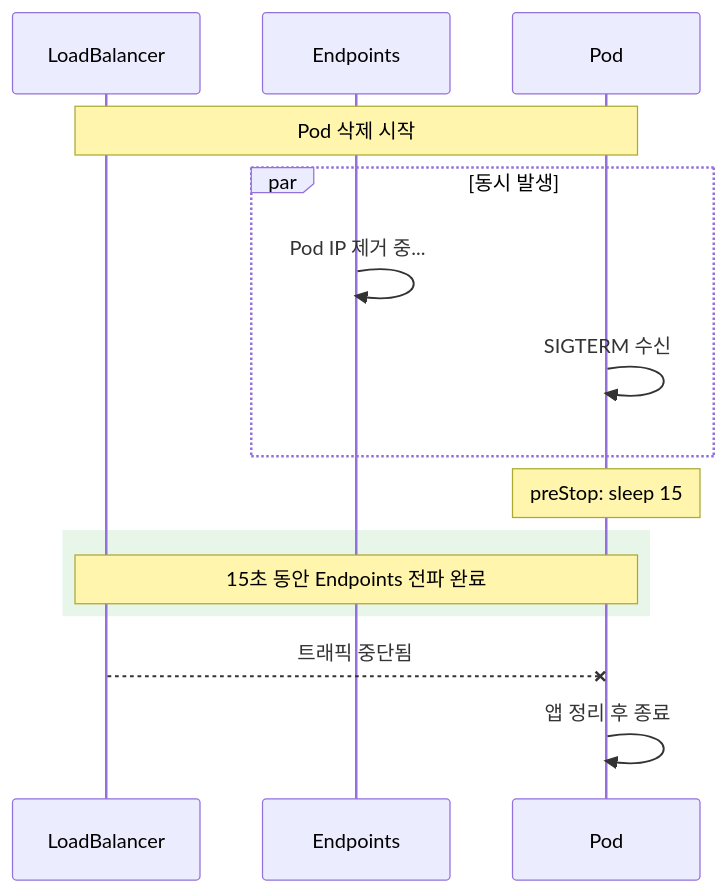
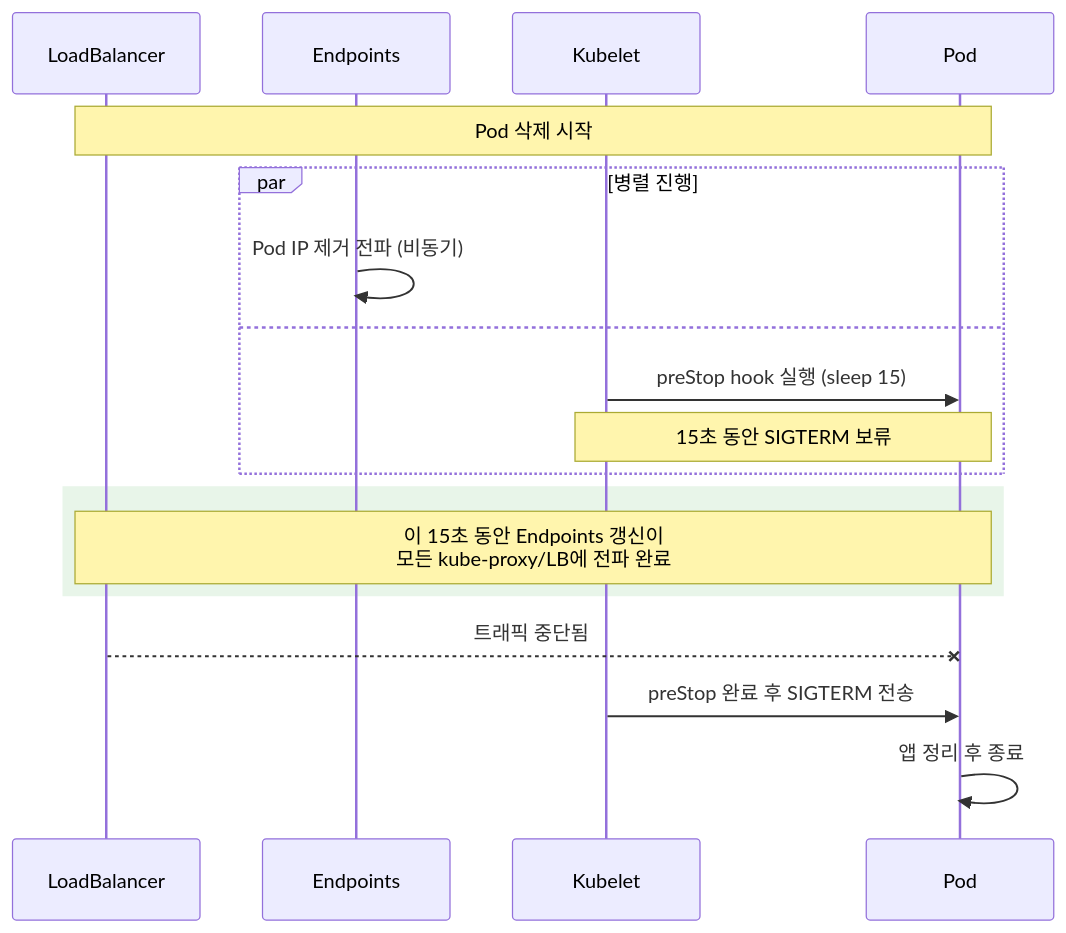
The seventh of 17 diagrams in kubernetes/Kubernetes-Pod.md (sskim91/TIL), drawn with Mermaid before and after one commit. The commit also changed other lines of this file and 9 other files, not shown here.

````diff
--- a/kubernetes/Kubernetes-Pod.md
+++ b/kubernetes/Kubernetes-Pod.md
@@ -314,22 +323,24 @@
 ```mermaid
 sequenceDiagram
     participant LB as LoadBalancer
     participant EP as Endpoints
+    participant K as Kubelet
     participant P as Pod
 
     Note over LB,P: Pod 삭제 시작
 
-    par 동시 발생
-        EP->>EP: Pod IP 제거 중...
-        P->>P: SIGTERM 수신
+    par 병렬 진행
+        EP->>EP: Pod IP 제거 전파 (비동기)
+    and
+        K->>P: preStop hook 실행 (sleep 15)
+        Note over K,P: 15초 동안 SIGTERM 보류
     end
 
-    Note over P: preStop: sleep 15
-
     rect rgb(232, 245, 233)
-        Note over LB,P: 15초 동안 Endpoints 전파 완료
+        Note over LB,P: 이 15초 동안 Endpoints 갱신이<br/>모든 kube-proxy/LB에 전파 완료
     end
 
     LB--xP: 트래픽 중단됨
+    K->>P: preStop 완료 후 SIGTERM 전송
     P->>P: 앱 정리 후 종료
 ```
````
